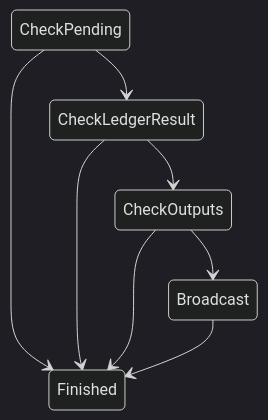
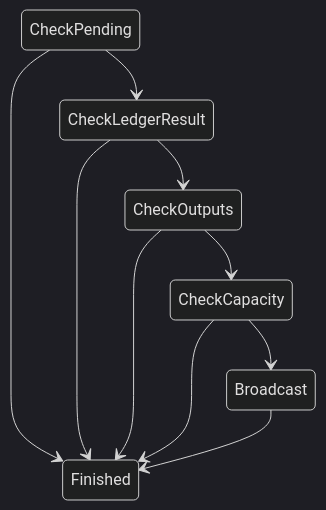
The diagram in docs/docs/dev/architecture/head-logic-experiments/inputs/decommit-topology.mmd (cardano-scaling/hydra), drawn with Mermaid (dark theme) before and after one commit. The commit also changed 54 other files, not shown here.

Commit message:
Check snapshot capacity before requesting a round and prune blocked work

```diff
--- a/docs/docs/dev/architecture/head-logic-experiments/inputs/decommit-topology.mmd
+++ b/docs/docs/dev/architecture/head-logic-experiments/inputs/decommit-topology.mmd
@@ -1,14 +1,17 @@
 stateDiagram-v2
 
 CheckPending
 CheckLedgerResult
 CheckOutputs
+CheckCapacity
 Broadcast
 Finished
 CheckPending --> CheckLedgerResult
 CheckPending --> Finished
 CheckLedgerResult --> CheckOutputs
 CheckLedgerResult --> Finished
-CheckOutputs --> Broadcast
+CheckOutputs --> CheckCapacity
 CheckOutputs --> Finished
+CheckCapacity --> Broadcast
+CheckCapacity --> Finished
 Broadcast --> Finished
```
